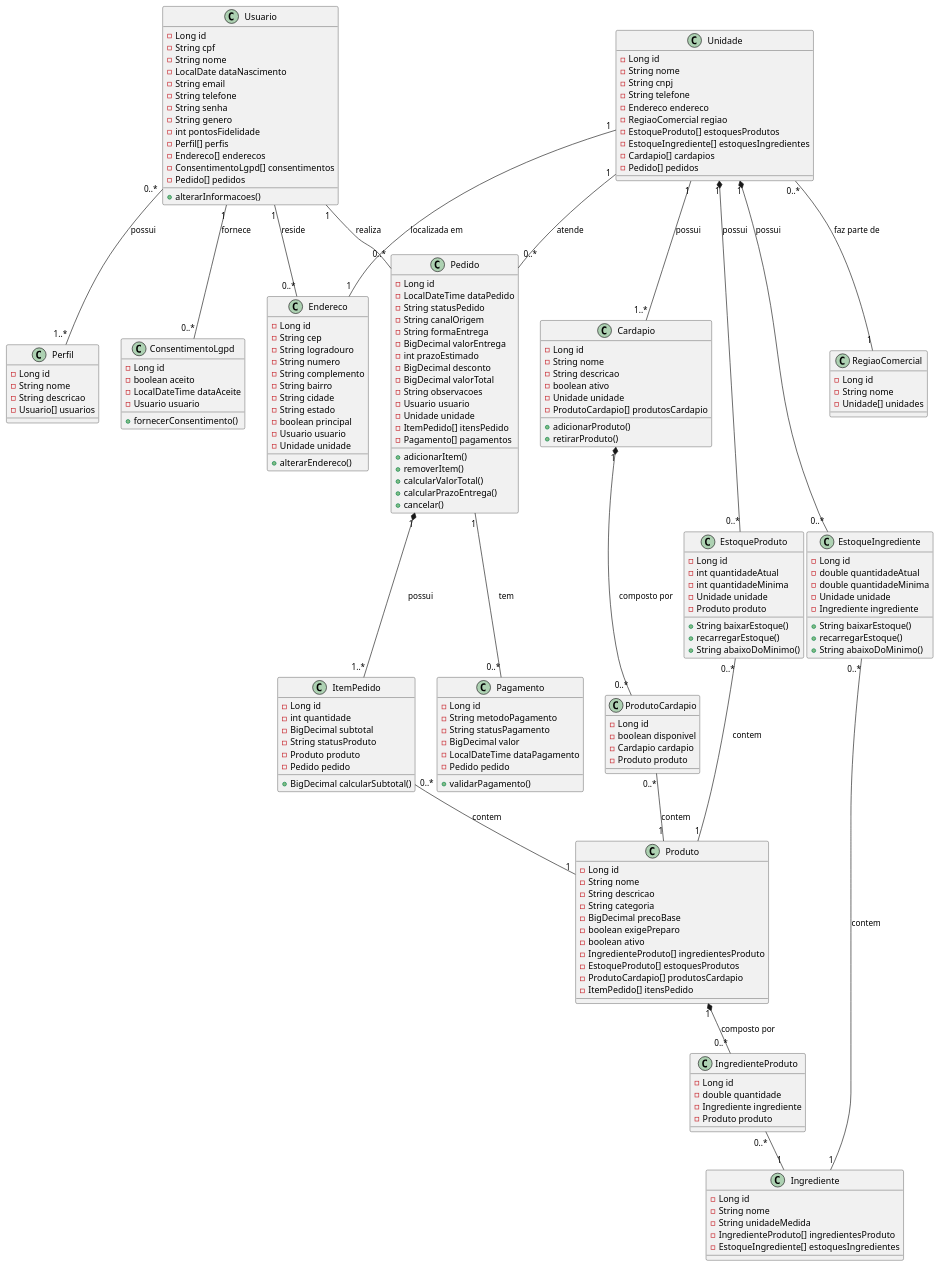
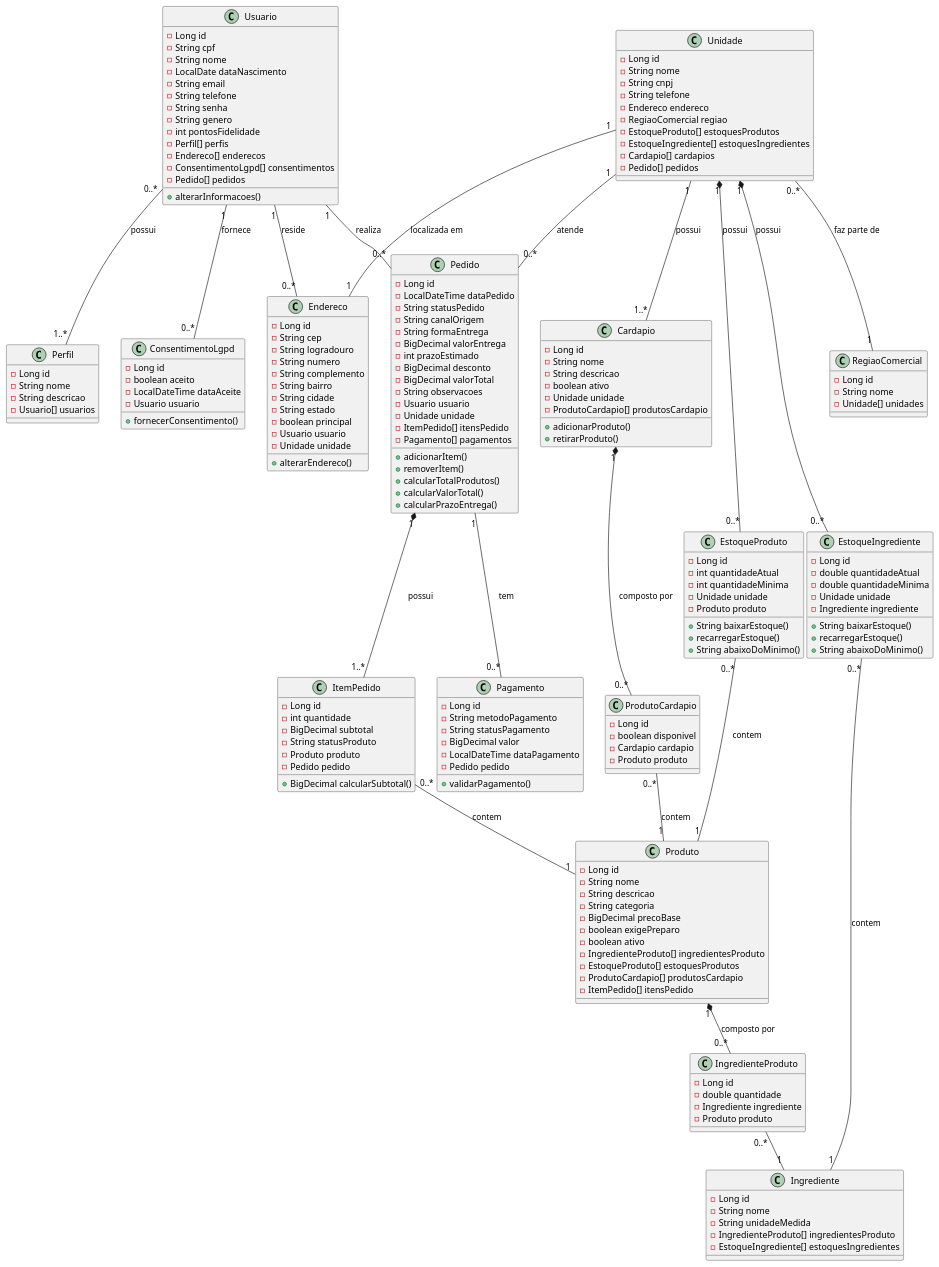
One commit to tarcisiordossantos/raizes-do-nordeste changed the diagram in api/docs/diagramas/diagrama_de_classes.plantuml. Above: the diagram before and after it, drawn with PlantUML. The commit also changed 3 other files, not shown here.

```diff
--- a/api/docs/diagramas/diagrama_de_classes.plantuml
+++ b/api/docs/diagramas/diagrama_de_classes.plantuml
@@ -1,193 +1,193 @@
 @startuml RaizesDoNordeste
     class Usuario{
         -Long id
         -String cpf
         -String nome
         -LocalDate dataNascimento
         -String email
         -String telefone
         -String senha
         -String genero
         -int pontosFidelidade
         -Perfil[] perfis
         -Endereco[] enderecos
         -ConsentimentoLgpd[] consentimentos
         -Pedido[] pedidos
 
         +alterarInformacoes()
     }
     class Perfil{
         -Long id
         -String nome
         -String descricao
         -Usuario[] usuarios
     }
     class Pedido{
         -Long id
         -LocalDateTime dataPedido
         -String statusPedido
         -String canalOrigem
         -String formaEntrega
         -BigDecimal valorEntrega
         -int prazoEstimado
         -BigDecimal desconto
         -BigDecimal valorTotal
         -String observacoes
         -Usuario usuario
         -Unidade unidade
         -ItemPedido[] itensPedido
         -Pagamento[] pagamentos
 
         +adicionarItem()
         +removerItem()
+        +calcularTotalProdutos()
         +calcularValorTotal()
         +calcularPrazoEntrega()
-        +cancelar()
     }
     class Pagamento{
         -Long id
         -String metodoPagamento
         -String statusPagamento
         -BigDecimal valor
         -LocalDateTime dataPagamento
         -Pedido pedido
 
         +validarPagamento()
     }
     class ItemPedido{
         -Long id
         -int quantidade
         -BigDecimal subtotal
         -String statusProduto
         -Produto produto
         -Pedido pedido
 
         +BigDecimal calcularSubtotal()
     }
     class Produto{
         -Long id 
         -String nome
         -String descricao
         -String categoria
         -BigDecimal precoBase
         -boolean exigePreparo
         -boolean ativo
         -IngredienteProduto[] ingredientesProduto
         -EstoqueProduto[] estoquesProdutos
         -ProdutoCardapio[] produtosCardapio
         -ItemPedido[] itensPedido
 
     }
     class IngredienteProduto{
         -Long id
         -double quantidade
         -Ingrediente ingrediente
         -Produto produto
     }
     class Ingrediente{
         -Long id
         -String nome
         -String unidadeMedida
         -IngredienteProduto[] ingredientesProduto
         -EstoqueIngrediente[] estoquesIngredientes
     }
     class Unidade{
         -Long id
         -String nome
         -String cnpj
         -String telefone
         -Endereco endereco
         -RegiaoComercial regiao
         -EstoqueProduto[] estoquesProdutos
         -EstoqueIngrediente[] estoquesIngredientes
         -Cardapio[] cardapios
         -Pedido[] pedidos
     }
     class EstoqueProduto{
         -Long id
         -int quantidadeAtual
         -int quantidadeMinima
         -Unidade unidade
         -Produto produto
 
         +String baixarEstoque()
         +recarregarEstoque()
         +String abaixoDoMinimo()
     }
     class EstoqueIngrediente{
         -Long id
         -double quantidadeAtual
         -double quantidadeMinima
         -Unidade unidade
         -Ingrediente ingrediente
 
         +String baixarEstoque()
         +recarregarEstoque()
         +String abaixoDoMinimo()
     }
     class Cardapio{
         -Long id
         -String nome
         -String descricao
         -boolean ativo
         -Unidade unidade
         -ProdutoCardapio[] produtosCardapio
 
         +adicionarProduto()
         +retirarProduto()
     }
     class ProdutoCardapio{
         -Long id
         -boolean disponivel
         -Cardapio cardapio
         -Produto produto
     }
     class ConsentimentoLgpd{
         -Long id
         -boolean aceito
         -LocalDateTime dataAceite
         -Usuario usuario
         
         +fornecerConsentimento()
     }
     class Endereco{
         -Long id
         -String cep
         -String logradouro
         -String numero
         -String complemento
         -String bairro
         -String cidade
         -String estado
         -boolean principal
         -Usuario usuario
         -Unidade unidade
 
         +alterarEndereco()
     }
     class RegiaoComercial{
         -Long id
         -String nome
         -Unidade[] unidades
     }
 
     Usuario "0..*" -- "1..*" Perfil : possui
     Usuario "1" -- "0..*" ConsentimentoLgpd : fornece
     Usuario "1" -- "0..*" Endereco : reside
     Usuario "1" -- "0..*" Pedido : realiza
     Unidade "1" -- "0..*" Pedido : atende
     Unidade "1" *-- "0..*" EstoqueProduto : possui
     Unidade "1" *-- "0..*" EstoqueIngrediente : possui
     EstoqueProduto "0..*" -- "1" Produto : contem
     EstoqueIngrediente "0..*" -- "1" Ingrediente : contem
     Pedido "1" *-- "1..*" ItemPedido : possui
     Pedido "1" -- "0..*" Pagamento : tem
     ItemPedido "0..*" -- "1" Produto : contem
     Produto "1" *-- "0..*" IngredienteProduto : composto por
     IngredienteProduto "0..*" -- "1" Ingrediente
     Unidade "0..*" -- "1" RegiaoComercial : faz parte de
     Unidade "1" -- "1" Endereco : localizada em
     Unidade "1" -- "1..*" Cardapio : possui
     Cardapio "1" *-- "0..*" ProdutoCardapio :  composto por
     ProdutoCardapio "0..*" -- "1" Produto : contem
 @enduml
```
